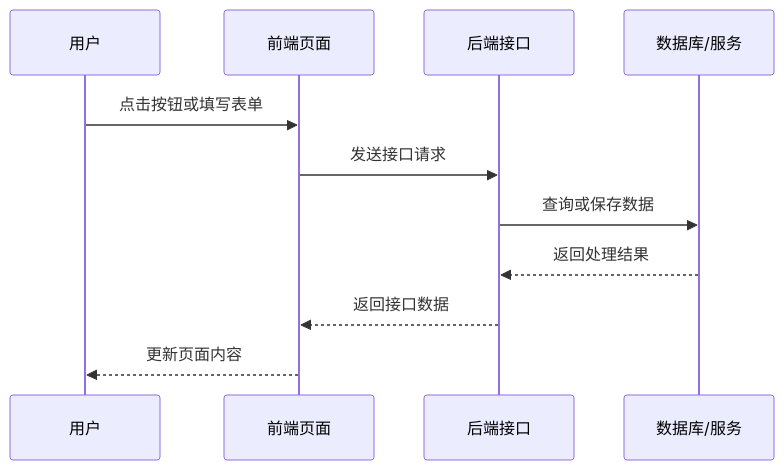
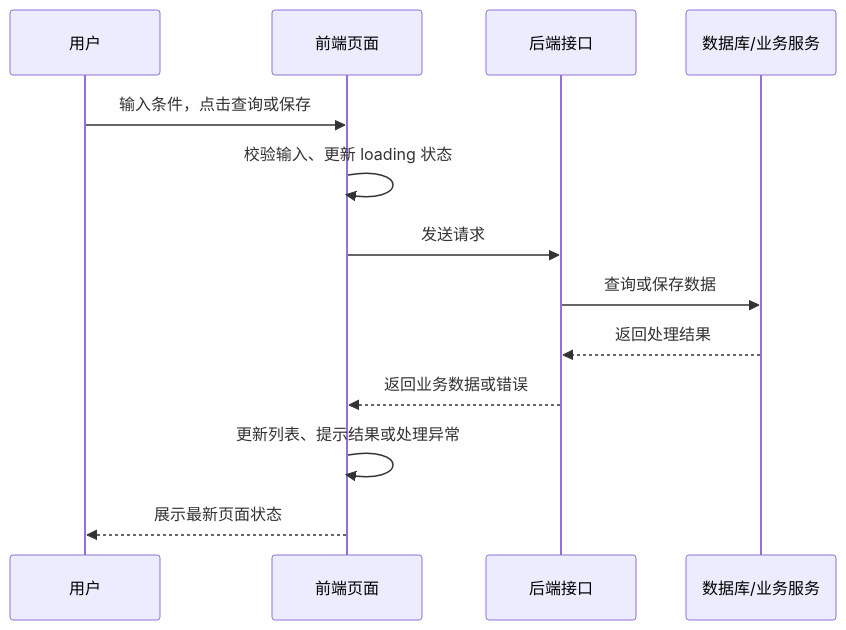
One commit to TCIano/iframemode changed the first of 5 diagrams in docs/前端开发分享演讲稿.md. Above: the diagram before and after it, drawn with Mermaid. The commit also changed other lines of this file, not shown here.

````diff
--- a/docs/前端开发分享演讲稿.md
+++ b/docs/前端开发分享演讲稿.md
@@ -47,14 +46,16 @@
 ```mermaid
 sequenceDiagram
-    participant User as 用户
-    participant Page as 前端页面
-    participant Api as 后端接口
-    participant Data as 数据库/服务
+    participant U as 用户
+    participant P as 前端页面
+    participant A as 后端接口
+    participant D as 数据库/业务服务
 
-    User->>Page: 点击按钮或填写表单
-    Page->>Api: 发送接口请求
-    Api->>Data: 查询或保存数据
-    Data-->>Api: 返回处理结果
-    Api-->>Page: 返回接口数据
-    Page-->>User: 更新页面内容
+    U->>P: 输入条件，点击查询或保存
+    P->>P: 校验输入、更新 loading 状态
+    P->>A: 发送请求
+    A->>D: 查询或保存数据
+    D-->>A: 返回处理结果
+    A-->>P: 返回业务数据或错误
+    P->>P: 更新列表、提示结果或处理异常
+    P-->>U: 展示最新页面状态
 ```
````
